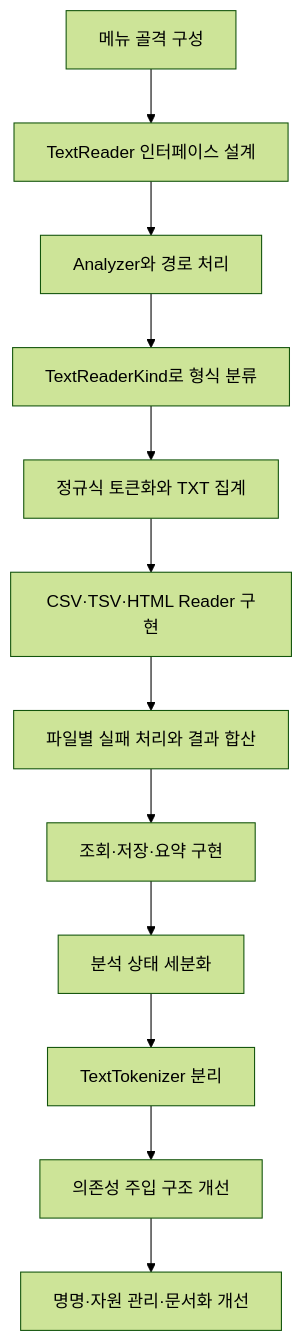
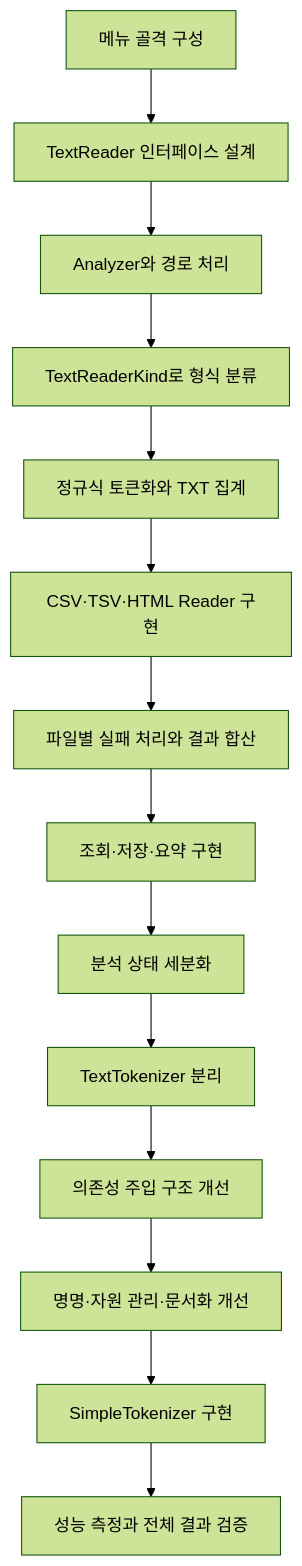
One commit to tkdgh816/java-learning changed the diagram in java-word-counter/진행 과정.md. Above: the diagram before and after it, drawn with Mermaid (forest theme). The commit also changed other lines of this file and 16 other files, not shown here.

````diff
--- a/java-word-counter/진행 과정.md
+++ b/java-word-counter/진행 과정.md
@@ -41,14 +41,16 @@
 ```mermaid
 flowchart TD
     A[메뉴 골격 구성] --> B[TextReader 인터페이스 설계]
     B --> C[Analyzer와 경로 처리]
     C --> D[TextReaderKind로 형식 분류]
     D --> E[정규식 토큰화와 TXT 집계]
     E --> F[CSV·TSV·HTML Reader 구현]
     F --> G[파일별 실패 처리와 결과 합산]
     G --> H[조회·저장·요약 구현]
     H --> I[분석 상태 세분화]
     I --> J[TextTokenizer 분리]
     J --> K[의존성 주입 구조 개선]
     K --> L[명명·자원 관리·문서화 개선]
+    L --> M[SimpleTokenizer 구현]
+    M --> N[성능 측정과 전체 결과 검증]
 ```
````
